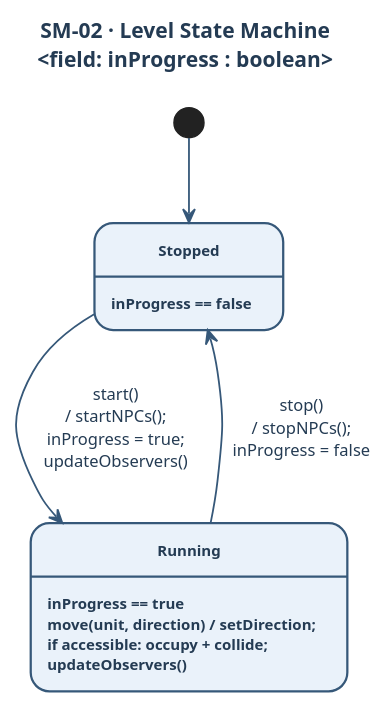
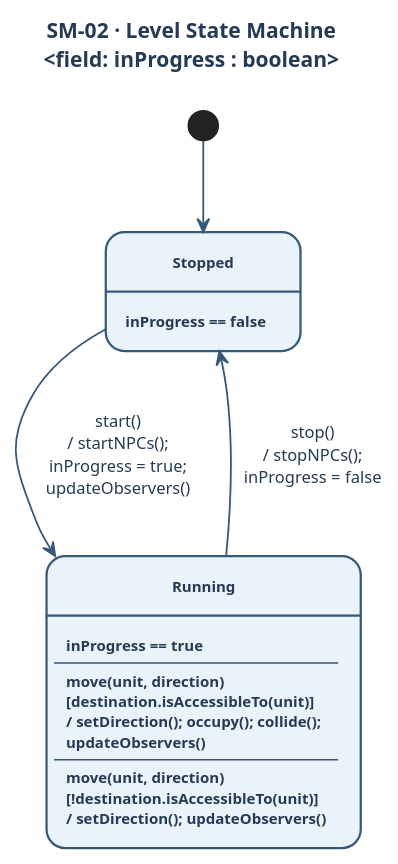
The diagram in A3-State-Machines/SM-02-Level.puml (Suhaib-Ben-Zreiba/reliable-broker), drawn with PlantUML before and after one commit. The commit also changed 2 other files, not shown here.

Commit message:
Model Level.move as two guarded internal transitions
Split Running move behaviour into complementary accessibility
guards matching Level.move(), and refresh the evidence table.

```diff
--- a/A3-State-Machines/SM-02-Level.puml
+++ b/A3-State-Machines/SM-02-Level.puml
@@ -1,45 +1,49 @@
 @startuml SM-02-Level
 ' SYSC 3020 Assignment 3 — SM-02: Level State Machine
 ' States from Level.inProgress (Level.java). Notation: event [guard] / action (Lecture 5).
 ' Won/Lost are observer notifications (actions), not stored states.
 
 title SM-02 · Level State Machine\n<field: inProgress : boolean>
 
 skinparam backgroundColor #FFFFFF
 skinparam shadowing false
 skinparam defaultFontName Helvetica
 skinparam defaultFontColor #243B53
 skinparam titleFontColor #243B53
 skinparam titleFontSize 14
 skinparam ArrowColor #365879
 skinparam ArrowThickness 1.2
 skinparam ArrowFontColor #243B53
 skinparam ArrowFontSize 11
 skinparam StateBackgroundColor #EAF2FA
 skinparam StateBorderColor #365879
 skinparam StateBorderThickness 1.5
 skinparam StateFontColor #243B53
 skinparam StateFontSize 13
 skinparam StateFontStyle bold
 skinparam StateAttributeFontColor #243B53
 skinparam StateAttributeFontSize 10
-skinparam Padding 6
-skinparam nodesep 70
-skinparam ranksep 55
+skinparam Padding 8
+skinparam nodesep 80
+skinparam ranksep 60
+skinparam MinClassWidth 280
 
 top to bottom direction
 
 state "Stopped" as Stopped
 state "Running" as Running
 
 Stopped : inProgress == false
 
 Running : inProgress == true
-Running : move(unit, direction) / setDirection;\nif accessible: occupy + collide;\nupdateObservers()
+Running : ----
+Running : move(unit, direction)\n[destination.isAccessibleTo(unit)]\n/ setDirection(); occupy(); collide();\nupdateObservers()
+Running : ----
+Running : move(unit, direction)\n[!destination.isAccessibleTo(unit)]\n/ setDirection(); updateObservers()
 
 [*] --> Stopped
 
 Stopped --> Running : start()\n/ startNPCs();\ninProgress = true;\nupdateObservers()
 Running --> Stopped : stop()\n/ stopNPCs();\ninProgress = false
 
 @enduml
```
